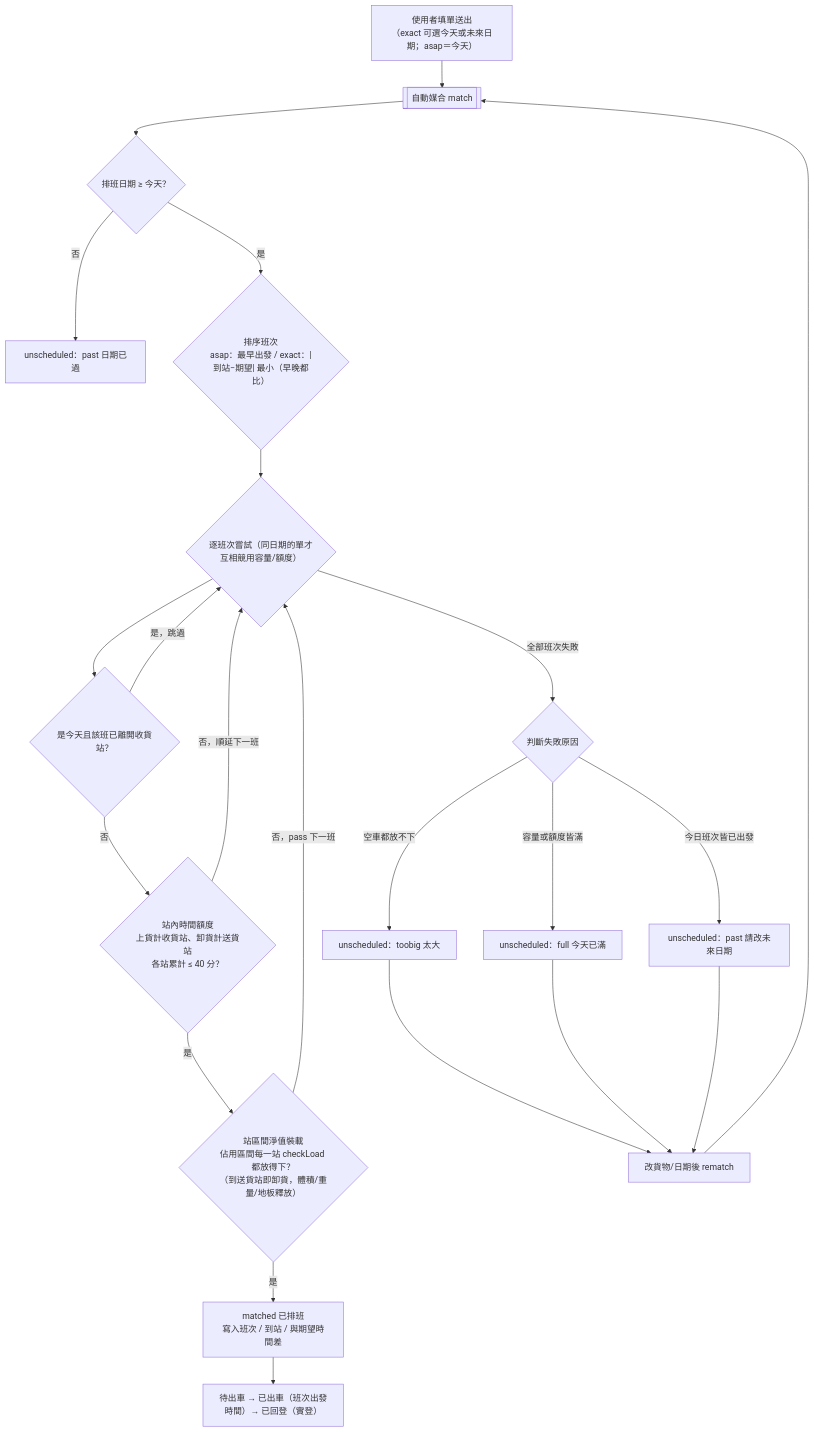
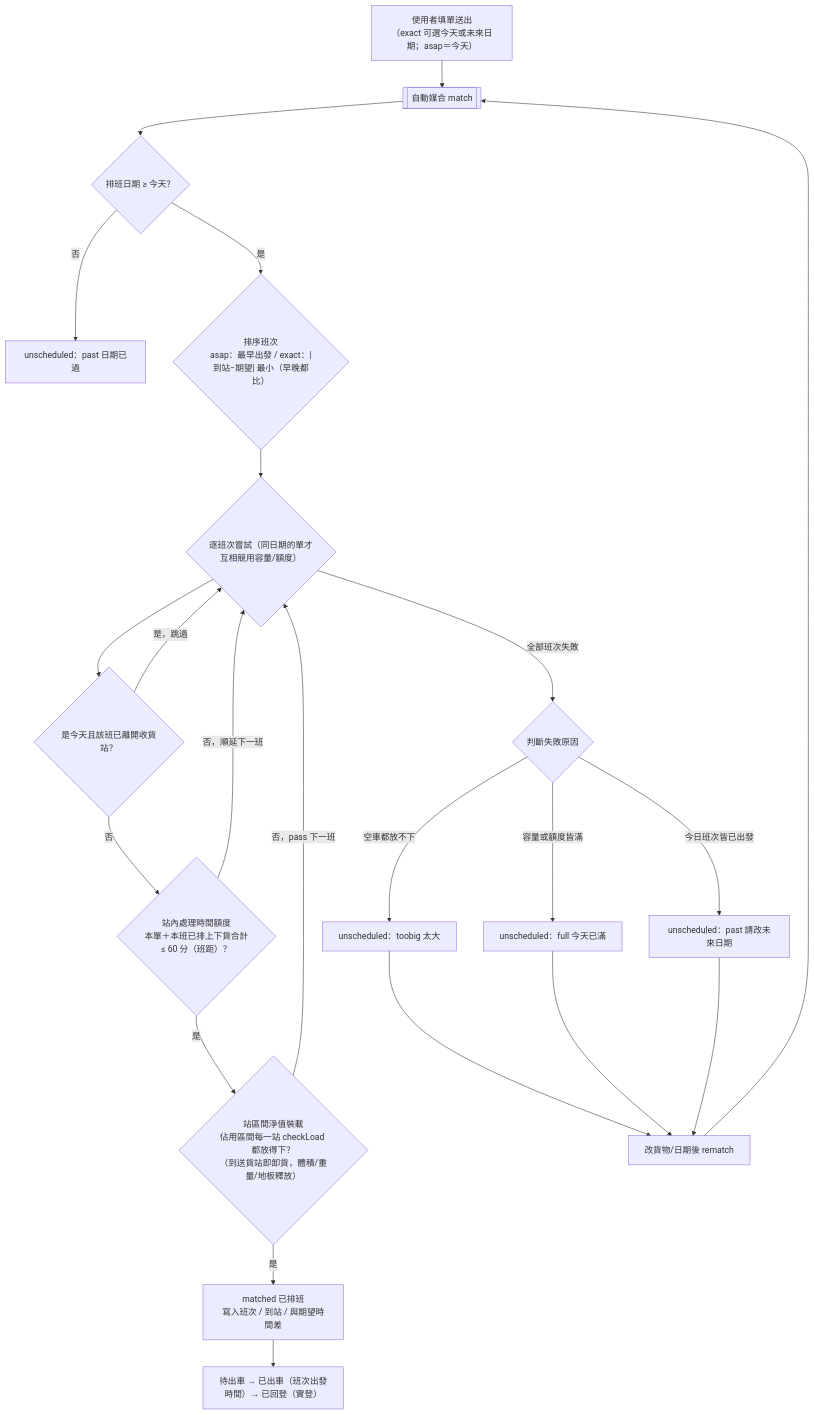
The first of 6 diagrams in docs/LOGIC.md (khcheng77/car-transport), drawn with Mermaid before and after one commit. The commit also changed other lines of this file and 9 other files, not shown here.

````diff
--- a/docs/LOGIC.md
+++ b/docs/LOGIC.md
@@ -300,24 +303,24 @@
 ```mermaid
 flowchart TD
   A0["使用者填單送出<br/>（exact 可選今天或未來日期；asap＝今天）"] --> A1[["自動媒合 match"]]
   A1 --> D0{"排班日期 ≥ 今天？"}
   D0 -- 否 --> DP["unscheduled：past 日期已過"]
   D0 -- 是 --> A2{"排序班次<br/>asap：最早出發 / exact：|到站−期望| 最小（早晚都比）"}
   A2 --> A3{"逐班次嘗試（同日期的單才互相競用容量/額度）"}
   A3 --> T0{"是今天且該班已離開收貨站？"}
   T0 -- 是，跳過 --> A3
-  T0 -- 否 --> C2{"站內時間額度<br/>上貨計收貨站、卸貨計送貨站<br/>各站累計 ≤ 40 分？"}
+  T0 -- 否 --> C2{"站內處理時間額度<br/>本單＋本班已排上下貨合計<br/>≤ 60 分（班距）？"}
   C2 -- 否，順延下一班 --> A3
   C2 -- 是 --> C3{"站區間淨值裝載<br/>佔用區間每一站 checkLoad 都放得下？<br/>（到送貨站即卸貨，體積/重量/地板釋放）"}
   C3 -- 是 --> M["matched 已排班<br/>寫入班次 / 到站 / 與期望時間差"]
   C3 -- 否，pass 下一班 --> A3
   A3 -- 全部班次失敗 --> F{"判斷失敗原因"}
   F -- 今日班次皆已出發 --> Fp["unscheduled：past 請改未來日期"]
   F -- 空車都放不下 --> Ft["unscheduled：toobig 太大"]
   F -- 容量或額度皆滿 --> Fu["unscheduled：full 今天已滿"]
   M --> D["待出車 → 已出車（班次出發時間）→ 已回登（實登）"]
   Ft --> R["改貨物/日期後 rematch"]
   Fu --> R
   Fp --> R
   R --> A1
 ```
````
